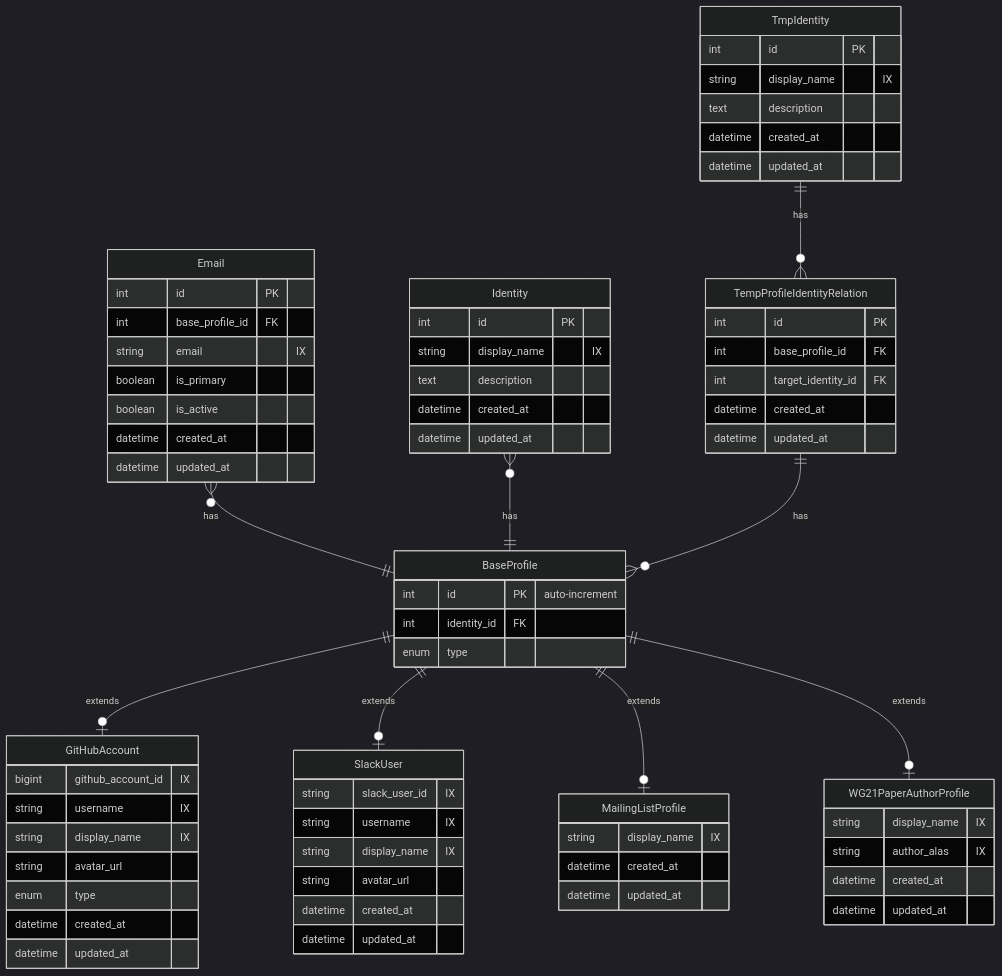
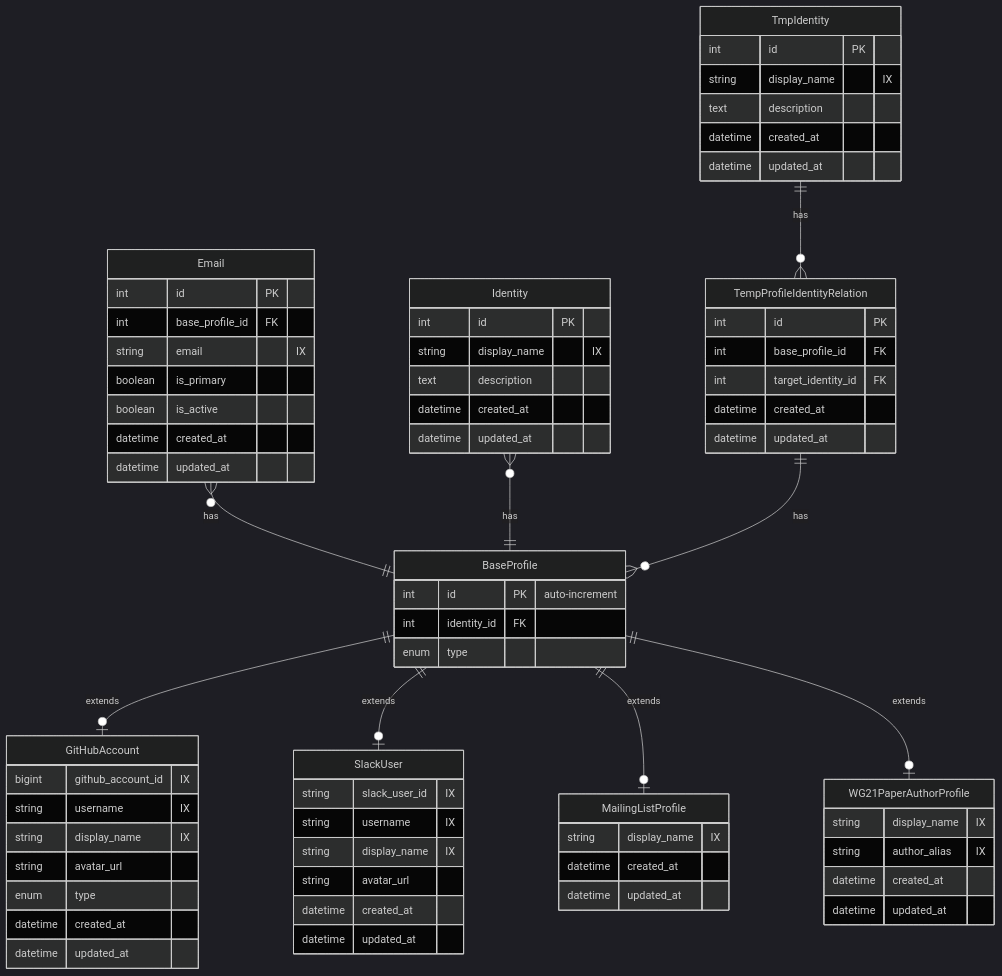
One commit to cppalliance/boost-data-collector changed the first of 12 diagrams in docs/Schema.md. Above: the diagram before and after it, drawn with Mermaid (dark theme). The commit also changed other lines of this file and 11 other files, not shown here.

Commit message:
Fix: WG21 tracker (year, GCS guard, IntegrityError), author_alias, Pillow, test fixes #24

```diff
--- a/docs/Schema.md
+++ b/docs/Schema.md
@@ -68,7 +68,7 @@
 
     WG21PaperAuthorProfile {
         string display_name "IX"
-        string author_alas "IX"
+        string author_alias "IX"
         datetime created_at
         datetime updated_at
     }
```
